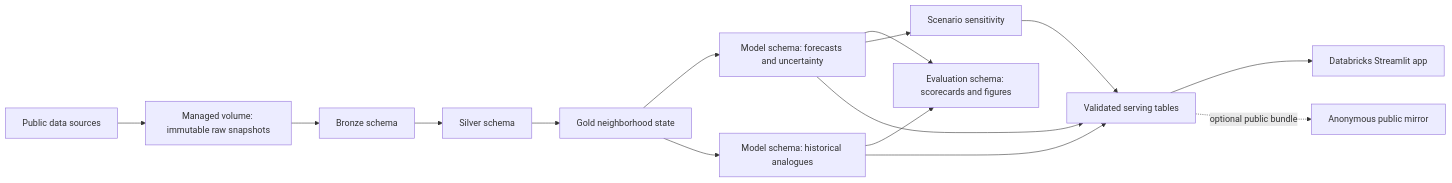
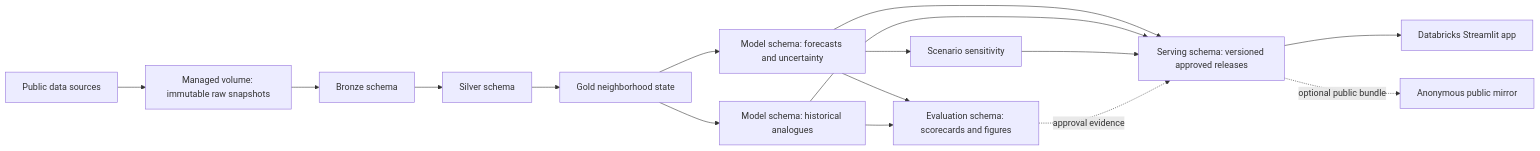
The diagram in docs/ARCHITECTURE.md (n-tamm/neighborhood-digital-twin), drawn with Mermaid before and after one commit. The commit also changed other lines of this file and 4 other files, not shown here.

Commit message:
Recorded the validated analogue serving release

````diff
--- a/docs/ARCHITECTURE.md
+++ b/docs/ARCHITECTURE.md
@@ -5,17 +5,18 @@
 ```mermaid
 flowchart LR
     A[Public data sources] --> B[Managed volume: immutable raw snapshots]
     B --> C[Bronze schema]
     C --> D1[Silver schema]
     D1 --> D[Gold neighborhood state]
     D --> E[Model schema: forecasts and uncertainty]
     D --> F[Model schema: historical analogues]
     E --> V[Evaluation schema: scorecards and figures]
     F --> V
     E --> G[Scenario sensitivity]
-    E --> H[Validated serving tables]
+    E --> H[Serving schema: versioned approved releases]
     F --> H
     G --> H
+    V -. approval evidence .-> H
     H --> I[Databricks Streamlit app]
     H -. optional public bundle .-> J[Anonymous public mirror]
 ```
````
